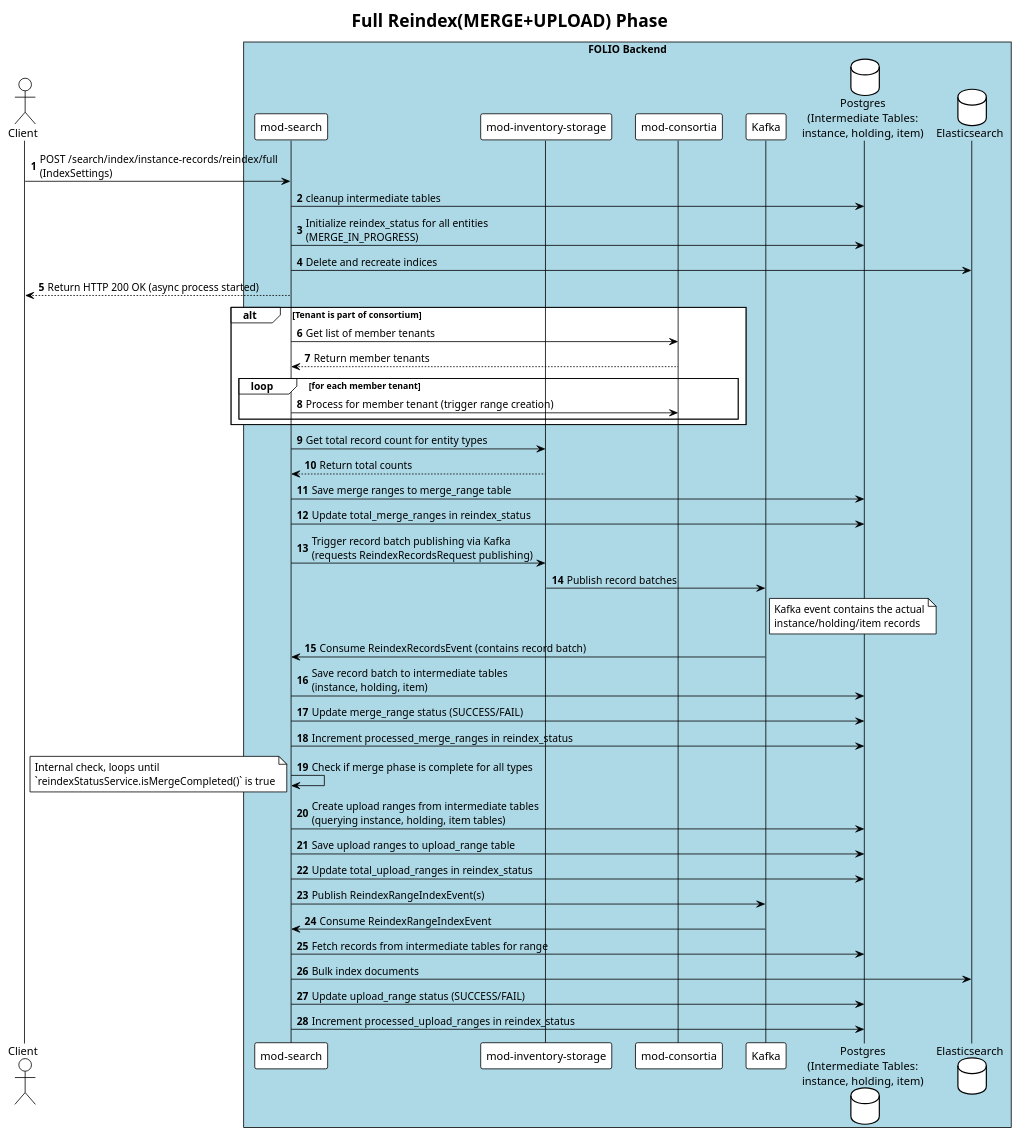
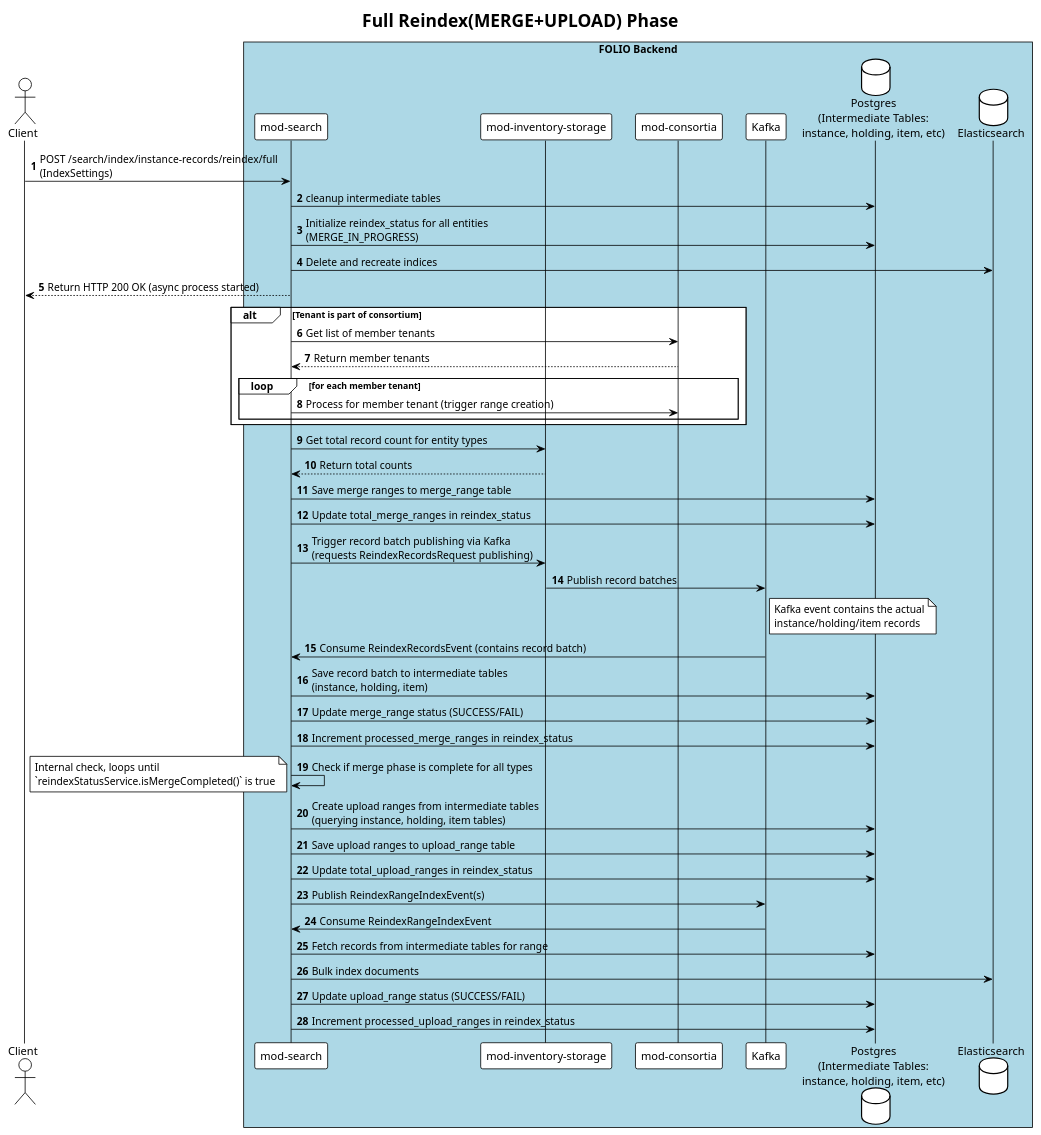
One commit to folio-org/mod-search changed the diagram in doc/diagrams/full.puml. Above: the diagram before and after it, drawn with PlantUML. The commit also changed 3 other files, not shown here.

Commit message:
docs: update UML diagrams to include 'etc' in Postgres intermediate tables

```diff
--- a/doc/diagrams/full.puml
+++ b/doc/diagrams/full.puml
@@ -1,81 +1,81 @@
 @startuml
 !theme plain
 title Full Reindex(MERGE+UPLOAD) Phase
 
 actor "Client" as client
 box "FOLIO Backend" #LightBlue
   participant "mod-search" as modSearch
   participant "mod-inventory-storage" as inventoryStorage
   participant "mod-consortia" as modConsortia
   participant "Kafka" as kafka
-  database "Postgres\n(Intermediate Tables:\ninstance, holding, item)" as postgres
+  database "Postgres\n(Intermediate Tables:\ninstance, holding, item, etc)" as postgres
   database "Elasticsearch" as elasticsearch
 end box
 
 autonumber
 
 ' Initial API request reception
 client -> modSearch: POST /search/index/instance-records/reindex/full\n(IndexSettings)
 
 modSearch -> postgres: cleanup intermediate tables
 
 ' Status initialization
 modSearch -> postgres: Initialize reindex_status for all entities\n(MERGE_IN_PROGRESS)
 
 ' Recreate Elasticsearch indices (Happens early in the process)
 modSearch -> elasticsearch: Delete and recreate indices
 
 ' Final response to client (Happens immediately after initial request)
 client <-- modSearch: Return HTTP 200 OK (async process started)
 
 ' Consortium handling (conditional)
 alt Tenant is part of consortium
   modSearch -> modConsortia: Get list of member tenants
   modConsortia --> modSearch: Return member tenants
   loop for each member tenant
     modSearch -> modConsortia: Process for member tenant (trigger range creation)
   end
 end
 
 ' Get record count from storage
 modSearch -> inventoryStorage: Get total record count for entity types
 inventoryStorage --> modSearch: Return total counts
 
 ' Create merge ranges
 modSearch -> postgres: Save merge ranges to merge_range table
 
 ' Update total merge ranges count in status
 modSearch -> postgres: Update total_merge_ranges in reindex_status
 
 ' Trigger publishing of record batches by inventory-storage
 modSearch -> inventoryStorage: Trigger record batch publishing via Kafka\n(requests ReindexRecordsRequest publishing)
 inventoryStorage -> kafka: Publish record batches
 note right of kafka : Kafka event contains the actual\ninstance/holding/item records
 
 ' --- Merge Phase Processing (Async) ---
 kafka -> modSearch: Consume ReindexRecordsEvent (contains record batch)
 modSearch -> postgres: Save record batch to intermediate tables\n(instance, holding, item)
 modSearch -> postgres: Update merge_range status (SUCCESS/FAIL)
 modSearch -> postgres: Increment processed_merge_ranges in reindex_status
 
 ' --- Transition Check ---
 modSearch -> modSearch: Check if merge phase is complete for all types
 note left: Internal check, loops until\n`reindexStatusService.isMergeCompleted()` is true
 
 ' --- Upload Phase Initialization (after Merge complete) ---
 ' Create upload ranges from intermediate tables
 modSearch -> postgres: Create upload ranges from intermediate tables\n(querying instance, holding, item tables)
 modSearch -> postgres: Save upload ranges to upload_range table
 modSearch -> postgres: Update total_upload_ranges in reindex_status
 
 ' Publish upload range events to Kafka
 modSearch -> kafka: Publish ReindexRangeIndexEvent(s)
 
 ' --- Upload Phase Processing (Async) ---
 kafka -> modSearch: Consume ReindexRangeIndexEvent
 modSearch -> postgres: Fetch records from intermediate tables for range
 modSearch -> elasticsearch: Bulk index documents
 modSearch -> postgres: Update upload_range status (SUCCESS/FAIL)
 modSearch -> postgres: Increment processed_upload_ranges in reindex_status
 
 @enduml
```
